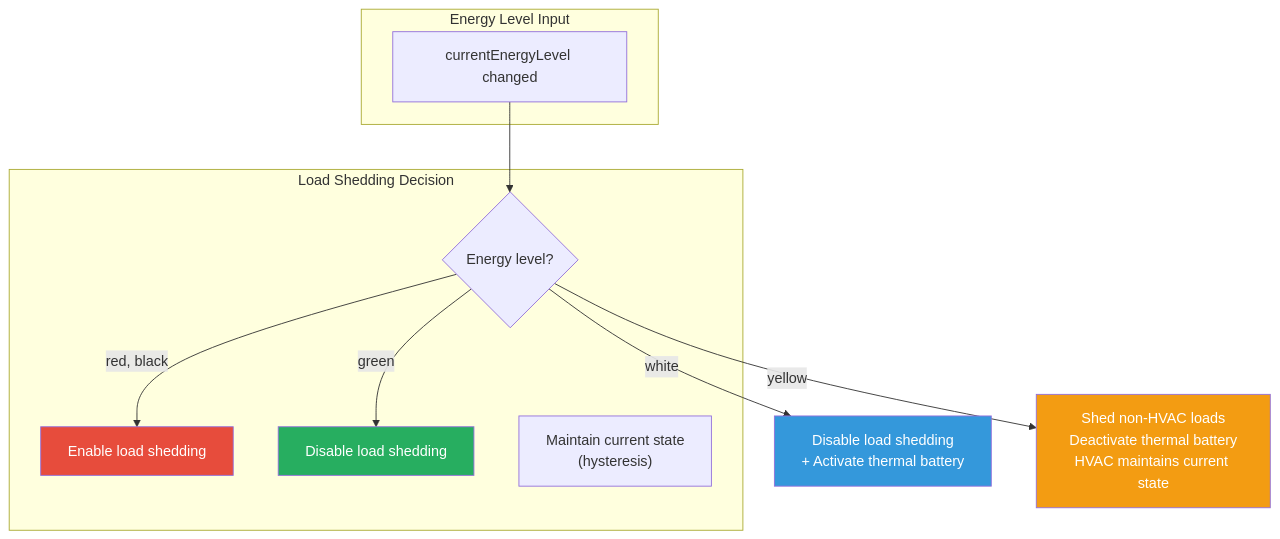
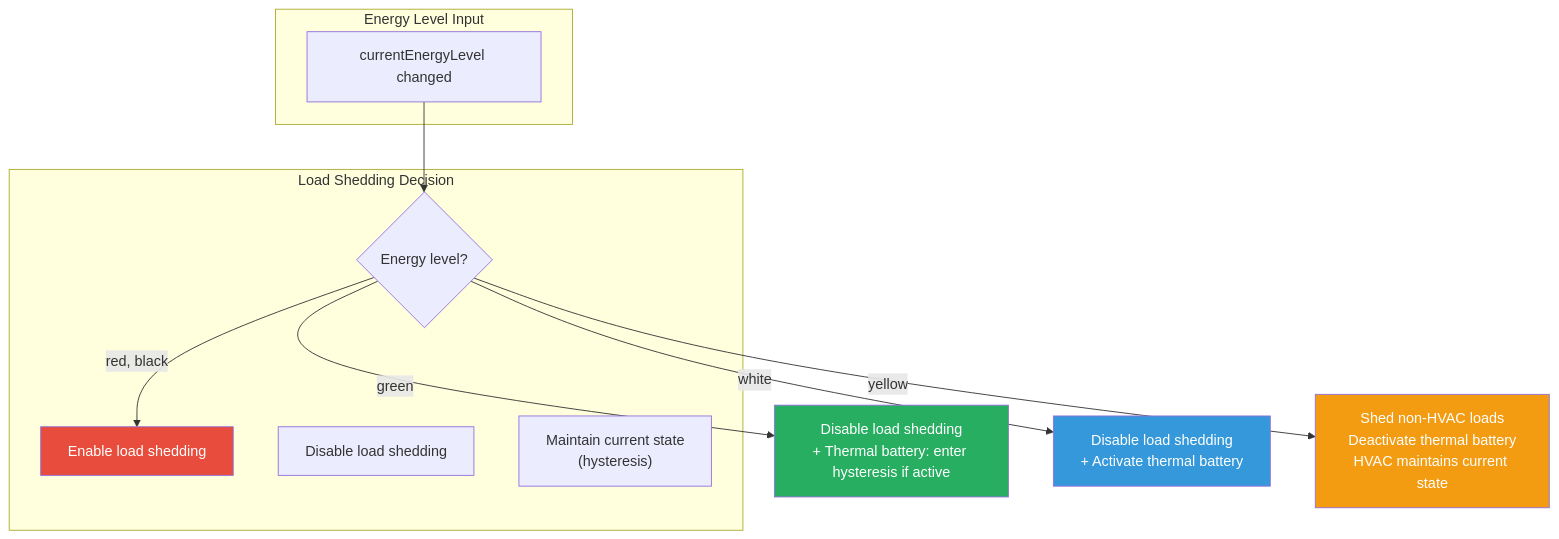
One commit to NickBorgers/home-automation changed the first of 7 diagrams in docs/flows/LOAD_SHEDDING.md. Above: the diagram before and after it, drawn with Mermaid. The commit also changed other lines of this file and 2 other files, not shown here.

````diff
--- a/docs/flows/LOAD_SHEDDING.md
+++ b/docs/flows/LOAD_SHEDDING.md
@@ -15,24 +15,24 @@
 ```mermaid
 flowchart TD
     subgraph Input["Energy Level Input"]
         currentLevel["currentEnergyLevel changed"]
     end
 
     subgraph Decision["Load Shedding Decision"]
         checkLevel{"Energy level?"}
         enableLS["Enable load shedding"]
         disableLS["Disable load shedding"]
         maintain["Maintain current state<br/>(hysteresis)"]
     end
 
     currentLevel --> checkLevel
     checkLevel -->|red, black| enableLS
-    checkLevel -->|green| disableLS
+    checkLevel -->|green| greenAction["Disable load shedding<br/>+ Thermal battery: enter hysteresis if active"]
     checkLevel -->|white| thermalBattery["Disable load shedding<br/>+ Activate thermal battery"]
     checkLevel -->|yellow| shedPartial["Shed non-HVAC loads<br/>Deactivate thermal battery<br/>HVAC maintains current state"]
 
     style enableLS fill:#e74c3c,color:#fff
-    style disableLS fill:#27ae60,color:#fff
+    style greenAction fill:#27ae60,color:#fff
     style thermalBattery fill:#3498db,color:#fff
     style shedPartial fill:#f39c12,color:#fff
 ```
````
